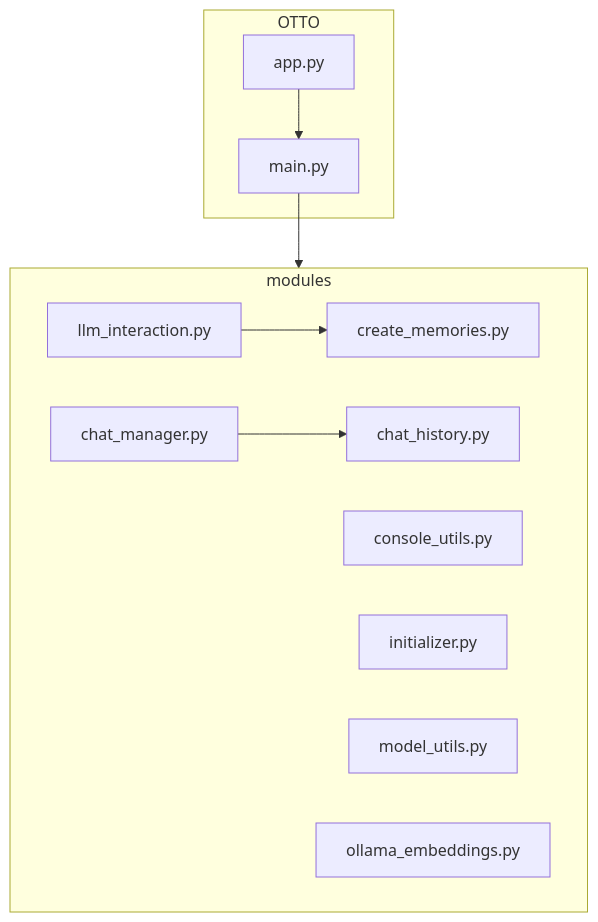
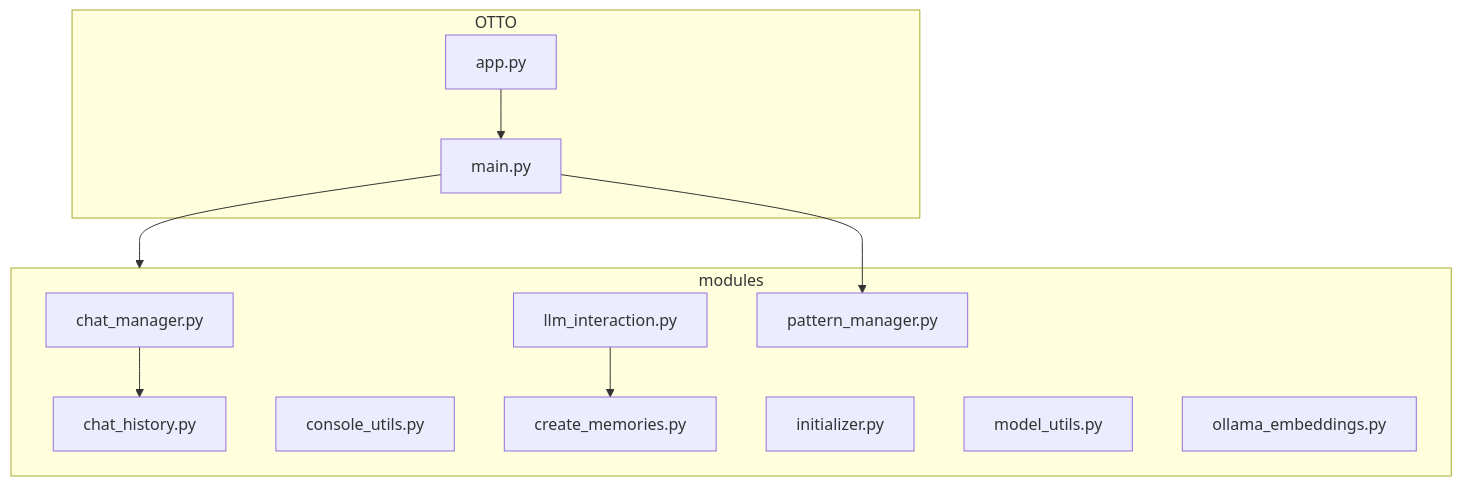
Before and after one commit to MikeyBeez/RAGAgent: the diagram in architectureguide.md, drawn with Mermaid. The commit also changed other lines of this file and 2 other files, not shown here.

````diff
--- a/architectureguide.md
+++ b/architectureguide.md
@@ -10,22 +9,24 @@
 ```mermaid
 graph TD
     subgraph OTTO
         A[app.py] --> B[main.py]
     end
     
     B --> modules
     
     subgraph modules
         C[chat_manager.py]
         D[chat_history.py]
         E[console_utils.py]
         F[create_memories.py] 
         G[initializer.py] 
         H[llm_interaction.py]
         I[model_utils.py]
         J[ollama_embeddings.py] 
+        K[pattern_manager.py]
         
         H --> F
         C --> D
+        B --> K
     end 
 ```
````
